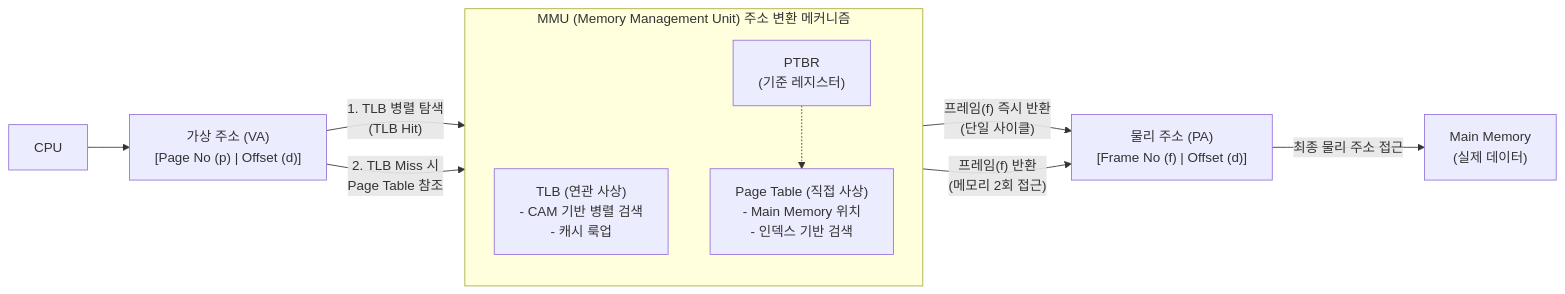
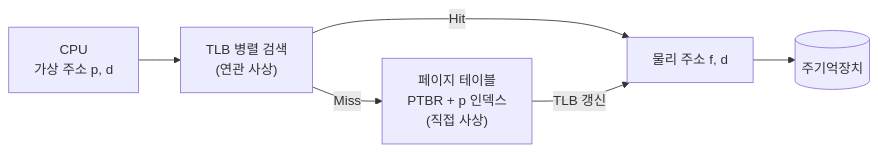
Before and after one commit to supremethumb/supremethumb.github.io: the diagram in content/01_IT Tech/직접 사상과 연관 사상 페이징 기법.md, drawn with Mermaid. The commit also changed other lines of this file and 1087 other files, not shown here.

````diff
--- a/content/01_IT Tech/직접 사상과 연관 사상 페이징 기법.md
+++ b/content/01_IT Tech/직접 사상과 연관 사상 페이징 기법.md
@@ -23,27 +35,8 @@
 ```mermaid
 flowchart LR
-    CPU["CPU"]
-    VA["가상 주소 (VA)<br/>[Page No (p) | Offset (d)]"]
-
-    subgraph "MMU (Memory Management Unit) 주소 변환 메커니즘"
-        direction TB
-        TLB["TLB (연관 사상)<br/>- CAM 기반 병렬 검색<br/>- 캐시 룩업"]
-        PTBR["PTBR<br/>(기준 레지스터)"]
-        PT["Page Table (직접 사상)<br/>- Main Memory 위치<br/>- 인덱스 기반 검색"]
-        
-        PTBR -.-> PT
-    end
-
-    PA["물리 주소 (PA)<br/>[Frame No (f) | Offset (d)]"]
-    MM["Main Memory<br/>(실제 데이터)"]
-
-    CPU --> VA
-    VA -->|"1. TLB 병렬 탐색<br/>(TLB Hit)"| TLB
-    TLB -->|"프레임(f) 즉시 반환<br/>(단일 사이클)"| PA
-
-    VA -->|"2. TLB Miss 시<br/>Page Table 참조"| PT
-    PT -->|"프레임(f) 반환<br/>(메모리 2회 접근)"| PA
-
-    PA -->|"최종 물리 주소 접근"| MM
-
+    CPU["CPU<br/>가상 주소 p, d"] --> TLB["TLB 병렬 검색<br/>(연관 사상)"]
+    TLB -->|"Hit"| PA["물리 주소 f, d"]
+    TLB -->|"Miss"| PT["페이지 테이블<br/>PTBR + p 인덱스<br/>(직접 사상)"]
+    PT -->|"TLB 갱신"| PA
+    PA --> MEM[("주기억장치")]
 ```
````
